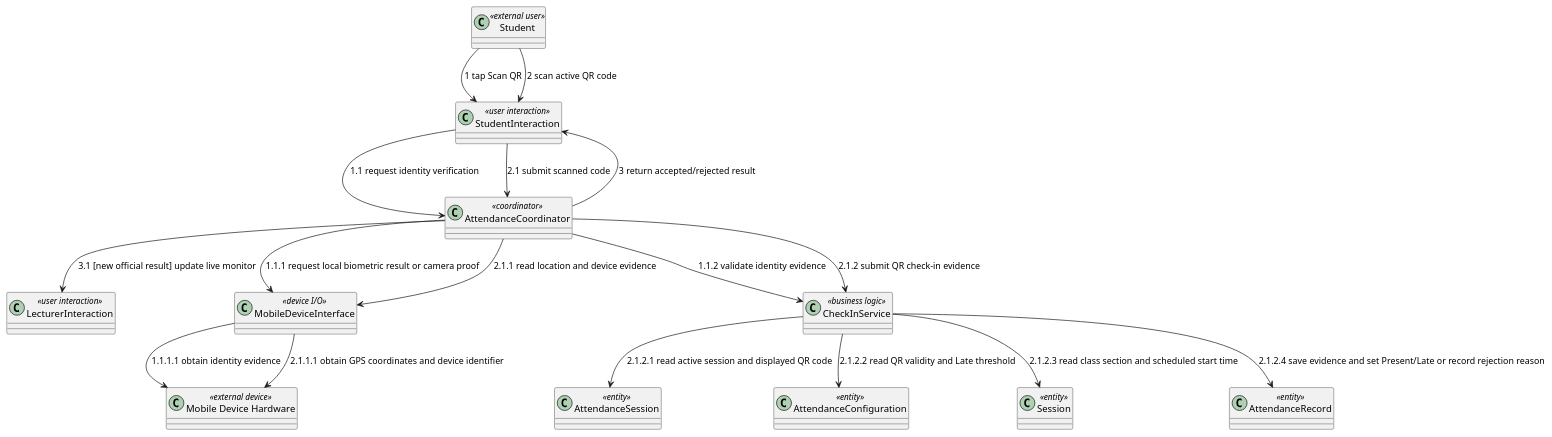
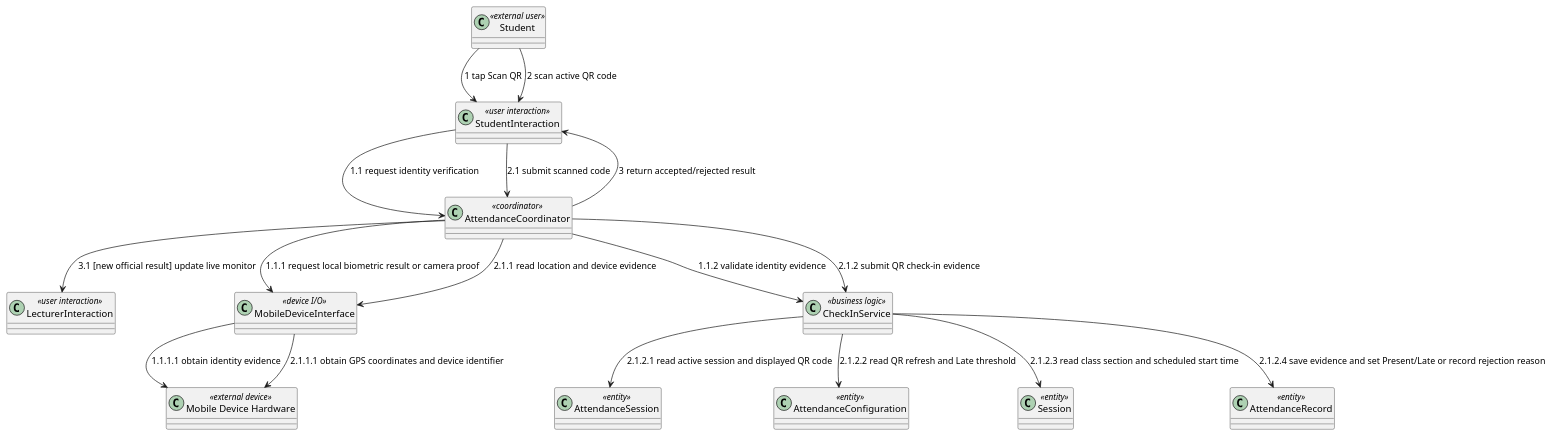
The tenth of 28 diagrams in docs/rds/2_Analysis.md (nttung42/SWD392), drawn with PlantUML before and after one commit. The commit also changed other lines of this file and 3 other files, not shown here.

````diff
--- a/docs/rds/2_Analysis.md
+++ b/docs/rds/2_Analysis.md
@@ -462,32 +457,32 @@
 ```plantuml
 @startuml
 class "Student" as Student <<external user>>
 class "Mobile Device Hardware" as MobileHardware <<external device>>
 class "StudentInteraction" as StudentUI <<user interaction>>
 class "LecturerInteraction" as LecturerUI <<user interaction>>
 class "AttendanceCoordinator" as CheckInControl <<coordinator>>
 class "MobileDeviceInterface" as MobileSensor <<device I/O>>
 class "CheckInService" as AttendanceRules <<business logic>>
 class "AttendanceSession" as AttendanceSession <<entity>>
 class "AttendanceConfiguration" as AttendanceConfig <<entity>>
 class "Session" as Session <<entity>>
 class "AttendanceRecord" as AttendanceRecord <<entity>>
 
 Student --> StudentUI : 1 tap Scan QR
 StudentUI --> CheckInControl : 1.1 request identity verification
 CheckInControl --> MobileSensor : 1.1.1 request local biometric result or camera proof
 MobileSensor --> MobileHardware : 1.1.1.1 obtain identity evidence
 CheckInControl --> AttendanceRules : 1.1.2 validate identity evidence
 Student --> StudentUI : 2 scan active QR code
 StudentUI --> CheckInControl : 2.1 submit scanned code
 CheckInControl --> MobileSensor : 2.1.1 read location and device evidence
 MobileSensor --> MobileHardware : 2.1.1.1 obtain GPS coordinates and device identifier
 CheckInControl --> AttendanceRules : 2.1.2 submit QR check-in evidence
 AttendanceRules --> AttendanceSession : 2.1.2.1 read active session and displayed QR code
-AttendanceRules --> AttendanceConfig : 2.1.2.2 read QR validity and Late threshold
+AttendanceRules --> AttendanceConfig : 2.1.2.2 read QR refresh and Late threshold
 AttendanceRules --> Session : 2.1.2.3 read class section and scheduled start time
 AttendanceRules --> AttendanceRecord : 2.1.2.4 save evidence and set Present/Late or record rejection reason
 CheckInControl --> StudentUI : 3 return accepted/rejected result
 CheckInControl --> LecturerUI : 3.1 [new official result] update live monitor
 @enduml
 ```
````
